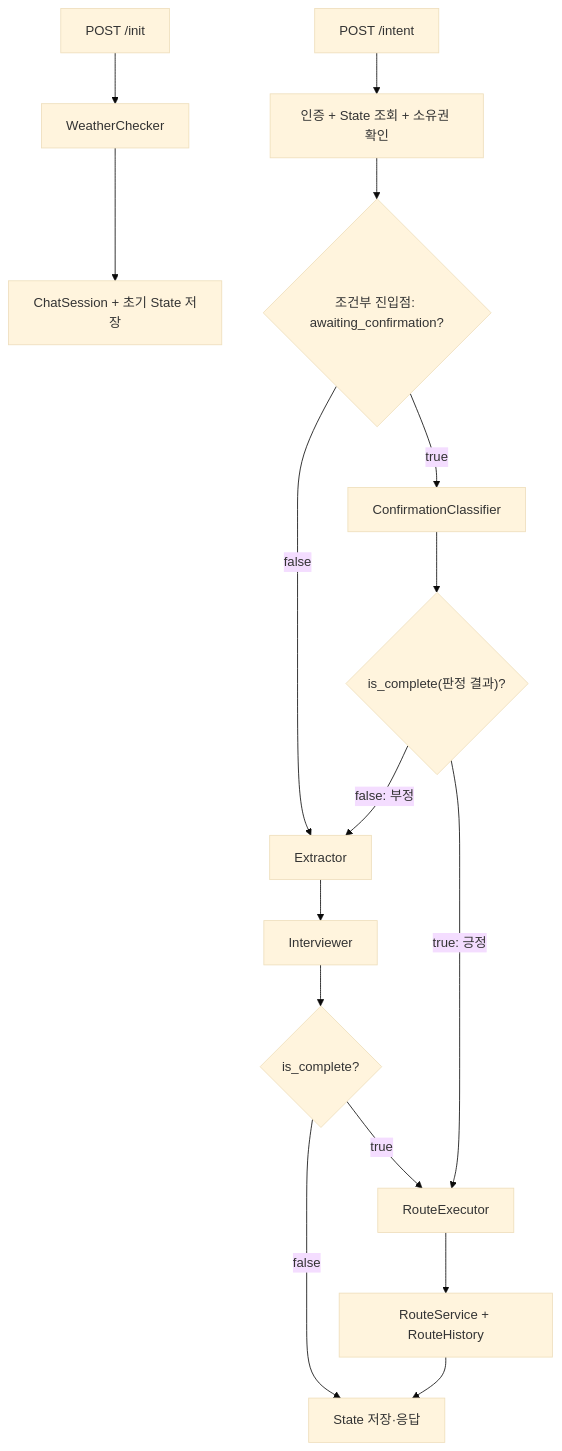
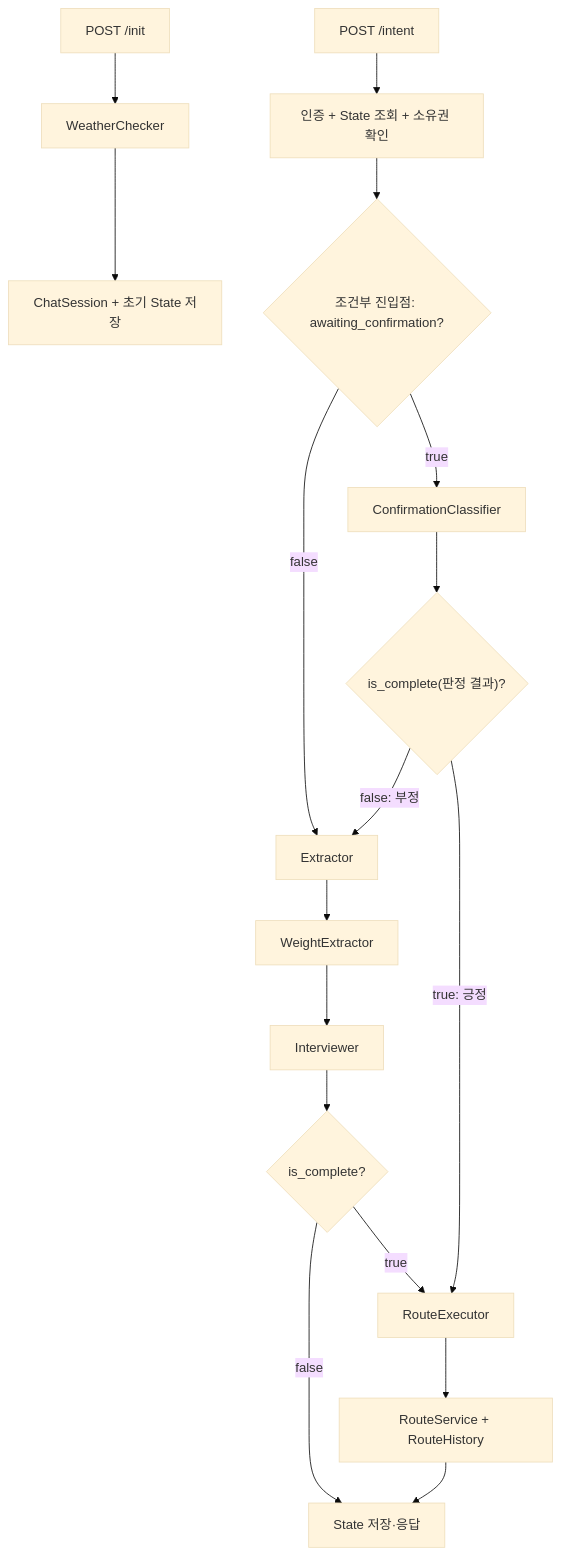
Before and after one commit to ChimaekMeeting/seoul-walk-platform: the diagram in docs/chatbot/agent_harness.md, drawn with Mermaid (base theme). The commit also changed other lines of this file and 1 other file, not shown here.

````diff
--- a/docs/chatbot/agent_harness.md
+++ b/docs/chatbot/agent_harness.md
@@ -133,22 +137,23 @@
 ```mermaid
 flowchart TD
     INIT["POST /init"] --> WC["WeatherChecker"]
     WC --> SAVE["ChatSession + 초기 State 저장"]
 
     INTENT["POST /intent"] --> LOAD["인증 + State 조회 + 소유권 확인"]
     LOAD --> ENTRY{"조건부 진입점: awaiting_confirmation?"}
     ENTRY -- "false" --> EX["Extractor"]
     ENTRY -- "true" --> CC["ConfirmationClassifier"]
 
-    EX --> IV["Interviewer"]
+    EX --> WE["WeightExtractor"]
+    WE --> IV["Interviewer"]
     IV --> DECLARED{"is_complete?"}
     DECLARED -- "false" --> END1["State 저장·응답"]
     DECLARED -- "true" --> RE["RouteExecutor"]
 
     CC --> CDECIDE{"is_complete(판정 결과)?"}
     CDECIDE -- "true: 긍정" --> RE
     CDECIDE -- "false: 부정" --> EX
 
     RE --> RH["RouteService + RouteHistory"]
     RH --> END1
 ```
````
